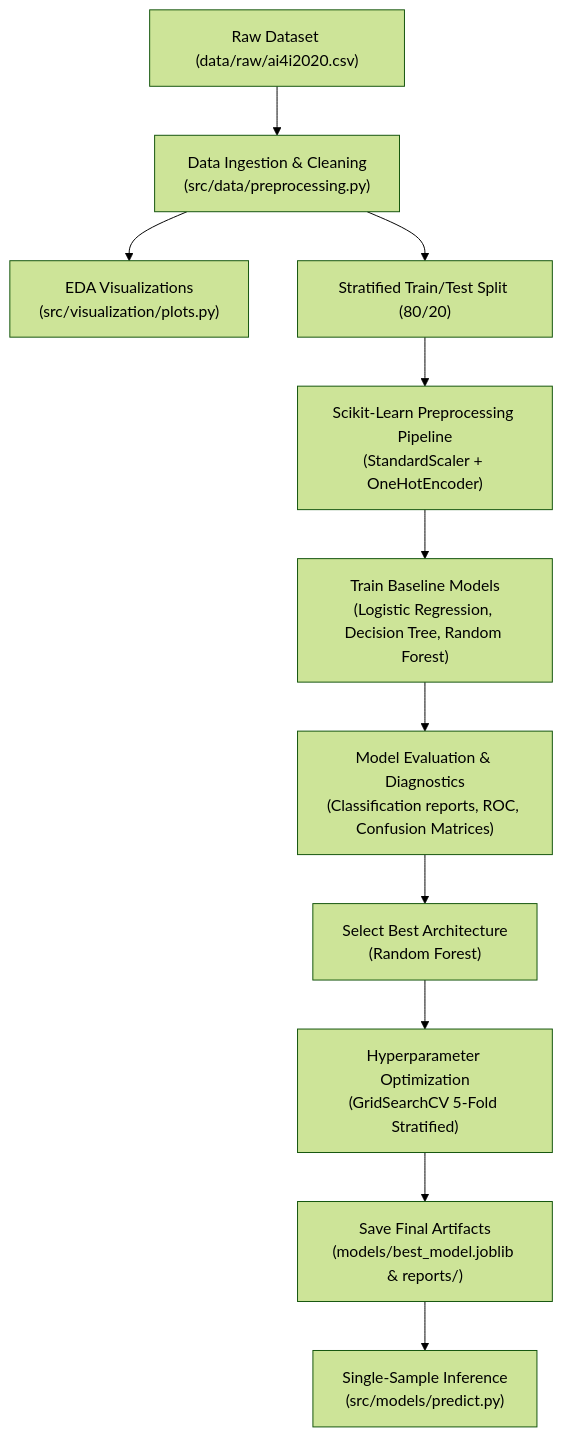
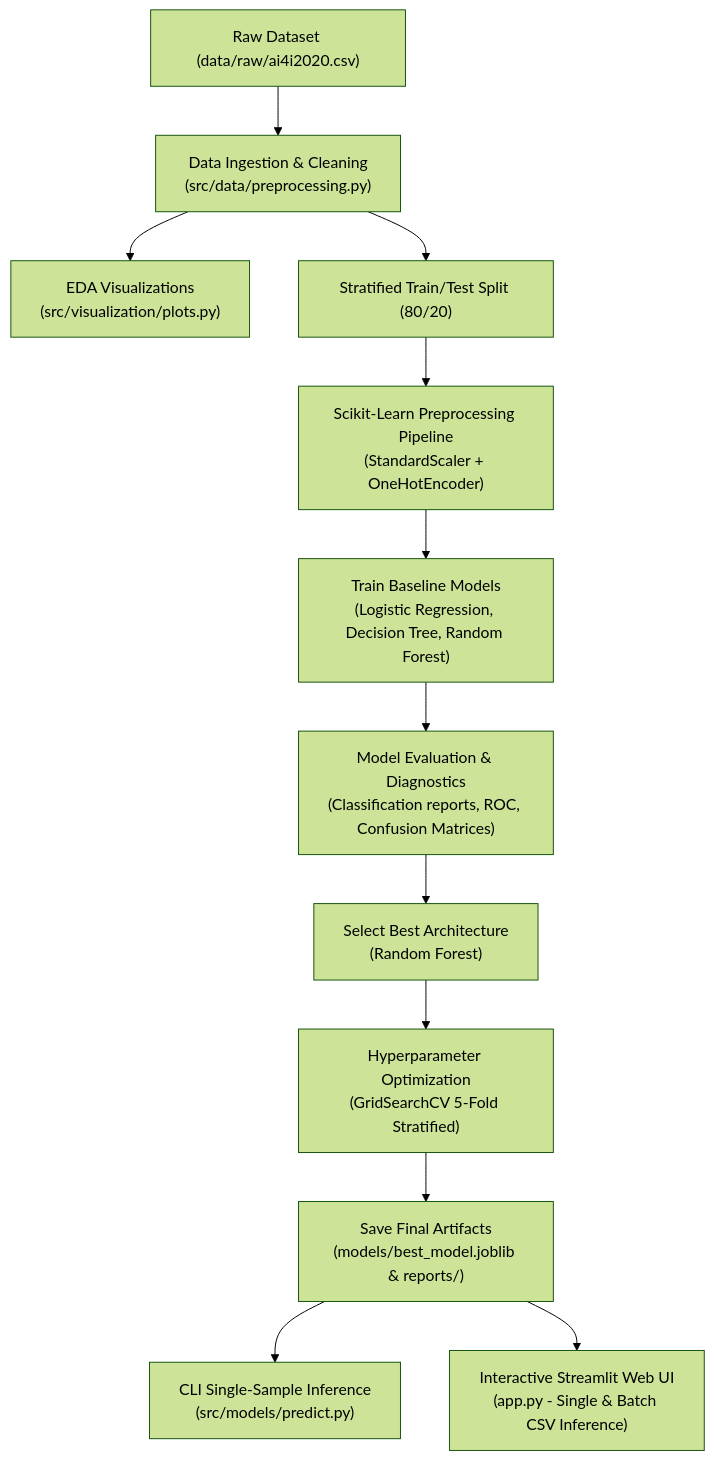
Before and after one commit to SwetPatel2706/predictive-maintenance-ml: the diagram in PROJECT_STRUCTURE_AND_FLOW.md, drawn with Mermaid (forest theme). The commit also changed other lines of this file and 3 other files, not shown here.

Commit message:
feat: update Streamlit dashboard with stretch-width dataframes and comprehensive documentation of UI and inference capabilities.

````diff
--- a/PROJECT_STRUCTURE_AND_FLOW.md
+++ b/PROJECT_STRUCTURE_AND_FLOW.md
@@ -51,13 +52,14 @@
 ```mermaid
 flowchart TD
     A["Raw Dataset (data/raw/ai4i2020.csv)"] --> B["Data Ingestion & Cleaning\n(src/data/preprocessing.py)"]
     B --> C["EDA Visualizations\n(src/visualization/plots.py)"]
     B --> D["Stratified Train/Test Split (80/20)"]
     D --> E["Scikit-Learn Preprocessing Pipeline\n(StandardScaler + OneHotEncoder)"]
     E --> F["Train Baseline Models\n(Logistic Regression, Decision Tree, Random Forest)"]
     F --> G["Model Evaluation & Diagnostics\n(Classification reports, ROC, Confusion Matrices)"]
     G --> H["Select Best Architecture\n(Random Forest)"]
     H --> I["Hyperparameter Optimization\n(GridSearchCV 5-Fold Stratified)"]
     I --> J["Save Final Artifacts\n(models/best_model.joblib & reports/)"]
-    J --> K["Single-Sample Inference\n(src/models/predict.py)"]
+    J --> K["CLI Single-Sample Inference\n(src/models/predict.py)"]
+    J --> L["Interactive Streamlit Web UI\n(app.py - Single & Batch CSV Inference)"]
 ```
````
